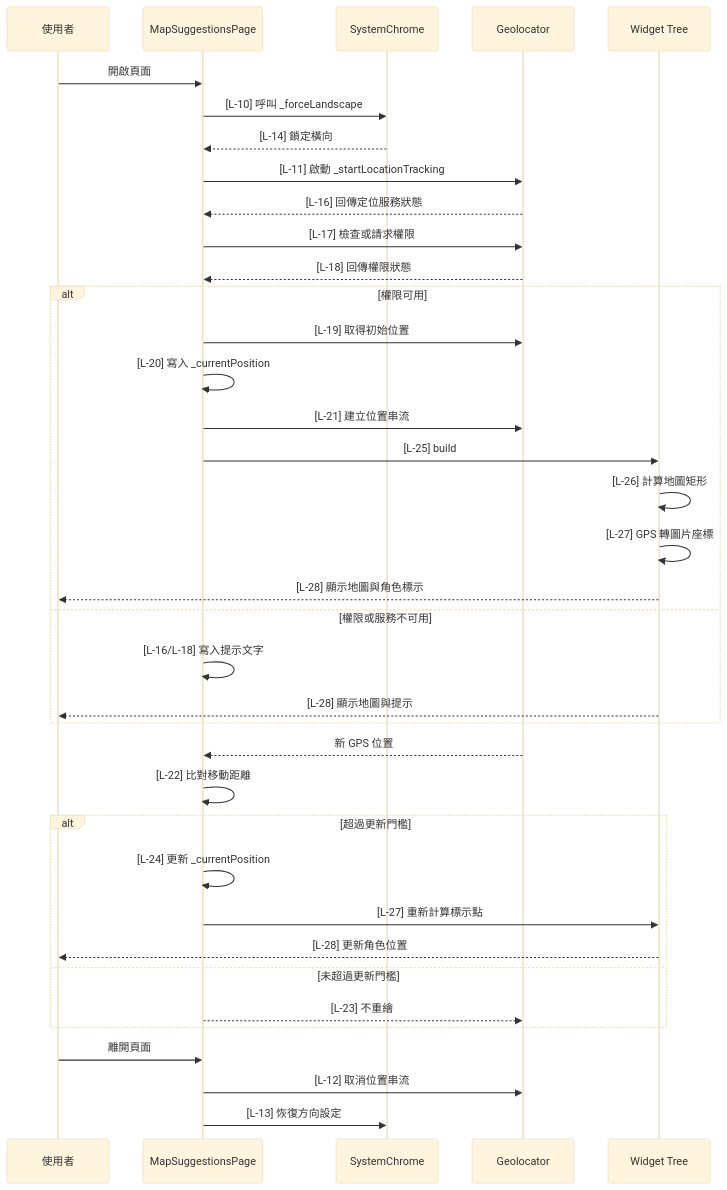
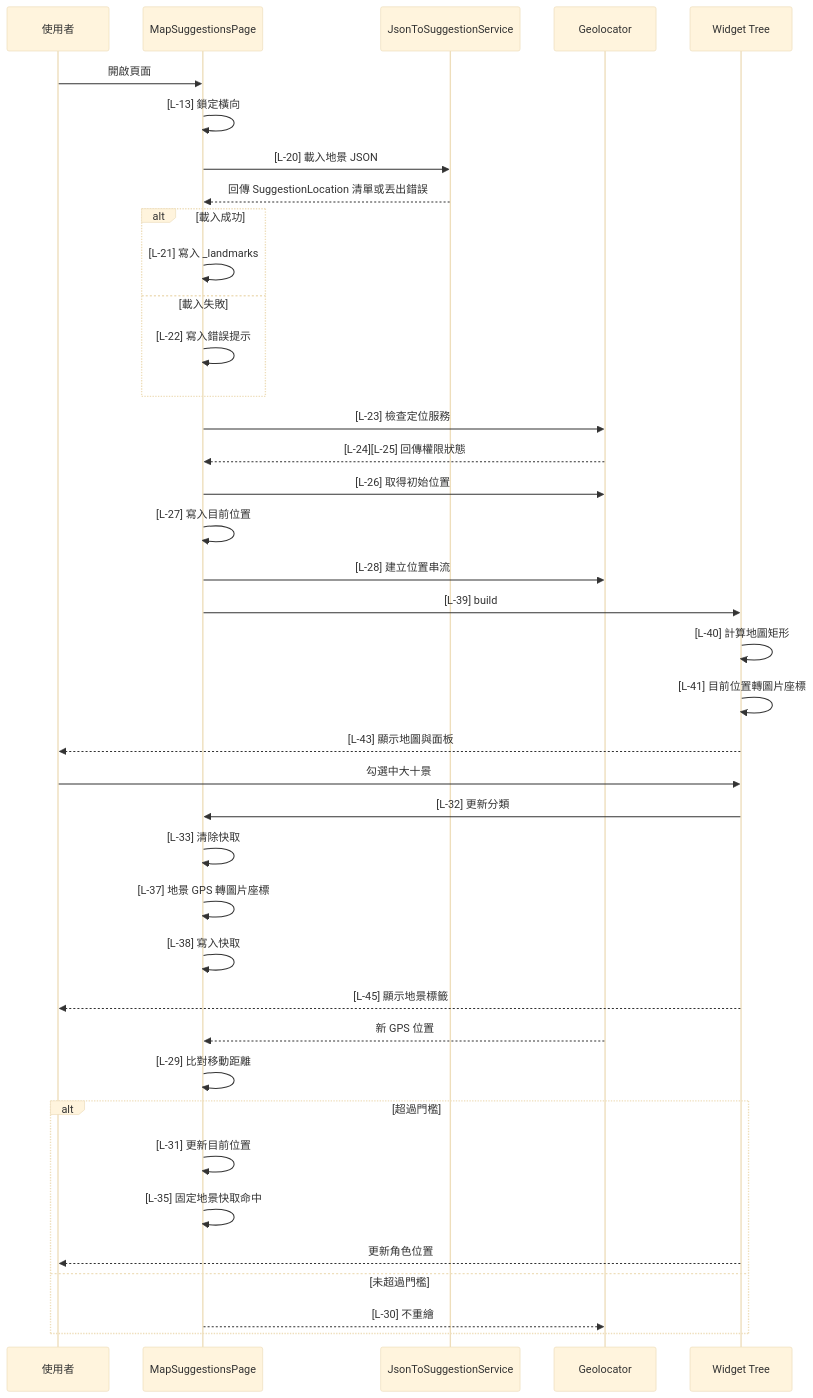
One commit to Henry-120/Campus-tour changed the diagram in campus_tour/test/testMd/map_suggestions.md. Above: the diagram before and after it, drawn with Mermaid (base theme). The commit also changed other lines of this file and 4 other files, not shown here.

````diff
--- a/campus_tour/test/testMd/map_suggestions.md
+++ b/campus_tour/test/testMd/map_suggestions.md
@@ -253,42 +156,44 @@
 ```mermaid
 sequenceDiagram
   participant User as 使用者
   participant Page as MapSuggestionsPage
-  participant System as SystemChrome
+  participant Service as JsonToSuggestionService
   participant GPS as Geolocator
   participant UI as Widget Tree
 
   User->>Page: 開啟頁面
-  Page->>System: [L-10] 呼叫 _forceLandscape
-  System-->>Page: [L-14] 鎖定橫向
-  Page->>GPS: [L-11] 啟動 _startLocationTracking
-  GPS-->>Page: [L-16] 回傳定位服務狀態
-  Page->>GPS: [L-17] 檢查或請求權限
-  GPS-->>Page: [L-18] 回傳權限狀態
-  alt 權限可用
-    Page->>GPS: [L-19] 取得初始位置
-    Page->>Page: [L-20] 寫入 _currentPosition
-    Page->>GPS: [L-21] 建立位置串流
-    Page->>UI: [L-25] build
-    UI->>UI: [L-26] 計算地圖矩形
-    UI->>UI: [L-27] GPS 轉圖片座標
-    UI-->>User: [L-28] 顯示地圖與角色標示
-  else 權限或服務不可用
-    Page->>Page: [L-16/L-18] 寫入提示文字
-    UI-->>User: [L-28] 顯示地圖與提示
+  Page->>Page: [L-13] 鎖定橫向
+  Page->>Service: [L-20] 載入地景 JSON
+  Service-->>Page: 回傳 SuggestionLocation 清單或丟出錯誤
+  alt 載入成功
+    Page->>Page: [L-21] 寫入 _landmarks
+  else 載入失敗
+    Page->>Page: [L-22] 寫入錯誤提示
   end
+  Page->>GPS: [L-23] 檢查定位服務
+  GPS-->>Page: [L-24][L-25] 回傳權限狀態
+  Page->>GPS: [L-26] 取得初始位置
+  Page->>Page: [L-27] 寫入目前位置
+  Page->>GPS: [L-28] 建立位置串流
+  Page->>UI: [L-39] build
+  UI->>UI: [L-40] 計算地圖矩形
+  UI->>UI: [L-41] 目前位置轉圖片座標
+  UI-->>User: [L-43] 顯示地圖與面板
+
+  User->>UI: 勾選中大十景
+  UI->>Page: [L-32] 更新分類
+  Page->>Page: [L-33] 清除快取
+  Page->>Page: [L-37] 地景 GPS 轉圖片座標
+  Page->>Page: [L-38] 寫入快取
+  UI-->>User: [L-45] 顯示地景標籤
 
   GPS-->>Page: 新 GPS 位置
-  Page->>Page: [L-22] 比對移動距離
-  alt 超過更新門檻
-    Page->>Page: [L-24] 更新 _currentPosition
-    Page->>UI: [L-27] 重新計算標示點
-    UI-->>User: [L-28] 更新角色位置
-  else 未超過更新門檻
-    Page-->>GPS: [L-23] 不重繪
+  Page->>Page: [L-29] 比對移動距離
+  alt 超過門檻
+    Page->>Page: [L-31] 更新目前位置
+    Page->>Page: [L-35] 固定地景快取命中
+    UI-->>User: 更新角色位置
+  else 未超過門檻
+    Page-->>GPS: [L-30] 不重繪
   end
-
-  User->>Page: 離開頁面
-  Page->>GPS: [L-12] 取消位置串流
-  Page->>System: [L-13] 恢復方向設定
 ```
````
